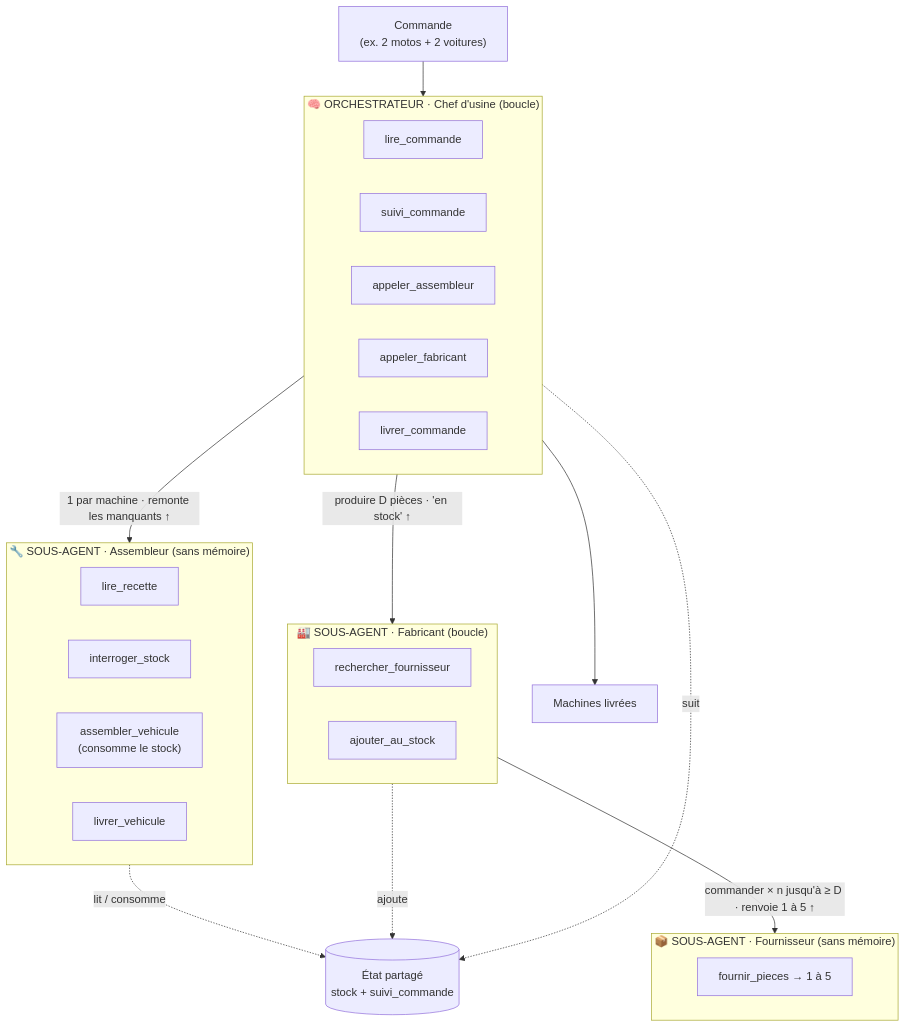
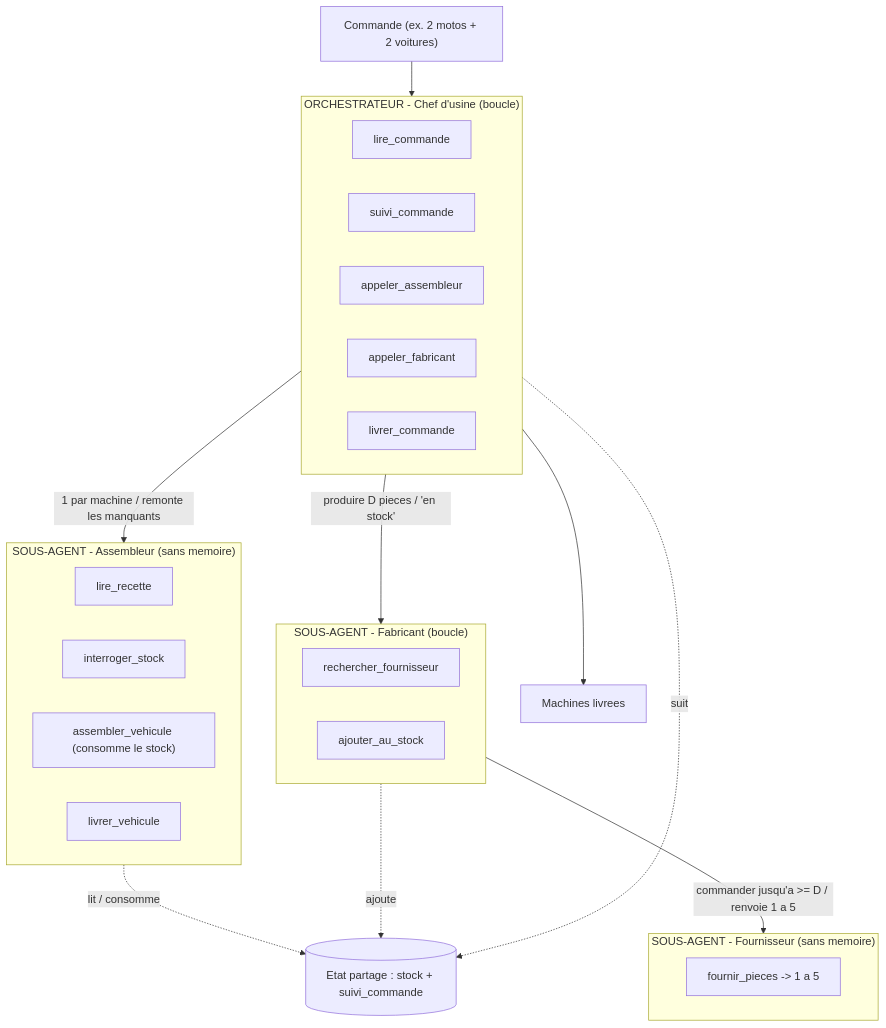
The diagram in docs/architecture.md (floSa/Agents-MCP-Orchestration), drawn with Mermaid before and after one commit. The commit also changed other lines of this file and 3 other files, not shown here.

````diff
--- a/docs/architecture.md
+++ b/docs/architecture.md
@@ -28,39 +28,39 @@
 ```mermaid
 flowchart TD
-    CMD["Commande<br/>(ex. 2 motos + 2 voitures)"] --> CHEF
+    CMD["Commande (ex. 2 motos + 2 voitures)"] --> CHEF
 
-    subgraph CHEF["🧠 ORCHESTRATEUR · Chef d'usine (boucle)"]
+    subgraph CHEF["ORCHESTRATEUR - Chef d'usine (boucle)"]
         c1["lire_commande"]
         c2["suivi_commande"]
         c3["appeler_assembleur"]
         c4["appeler_fabricant"]
         c5["livrer_commande"]
     end
 
-    subgraph ASS["🔧 SOUS-AGENT · Assembleur (sans mémoire)"]
+    subgraph ASS["SOUS-AGENT - Assembleur (sans memoire)"]
         a1["lire_recette"]
         a2["interroger_stock"]
-        a3["assembler_vehicule<br/>(consomme le stock)"]
+        a3["assembler_vehicule (consomme le stock)"]
         a4["livrer_vehicule"]
     end
 
-    subgraph FAB["🏭 SOUS-AGENT · Fabricant (boucle)"]
+    subgraph FAB["SOUS-AGENT - Fabricant (boucle)"]
         f1["rechercher_fournisseur"]
         f2["ajouter_au_stock"]
     end
 
-    subgraph FOU["📦 SOUS-AGENT · Fournisseur (sans mémoire)"]
-        o1["fournir_pieces → 1 à 5"]
+    subgraph FOU["SOUS-AGENT - Fournisseur (sans memoire)"]
+        o1["fournir_pieces -> 1 a 5"]
     end
 
-    ETAT[("État partagé<br/>stock + suivi_commande")]
+    ETAT[("Etat partage : stock + suivi_commande")]
 
-    CHEF -->|"1 par machine · remonte les manquants ↑"| ASS
-    CHEF -->|"produire D pièces · 'en stock' ↑"| FAB
-    FAB  -->|"commander × n jusqu'à ≥ D · renvoie 1 à 5 ↑"| FOU
+    CHEF -->|"1 par machine / remonte les manquants"| ASS
+    CHEF -->|"produire D pieces / 'en stock'"| FAB
+    FAB  -->|"commander jusqu'a >= D / renvoie 1 a 5"| FOU
 
     ASS -. "lit / consomme" .-> ETAT
     FAB -. "ajoute" .-> ETAT
     CHEF -. "suit" .-> ETAT
-    CHEF --> LIV["Machines livrées"]
+    CHEF --> LIV["Machines livrees"]
 ```
````
